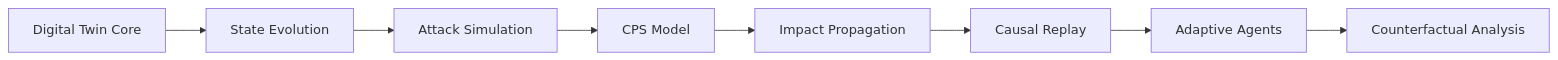
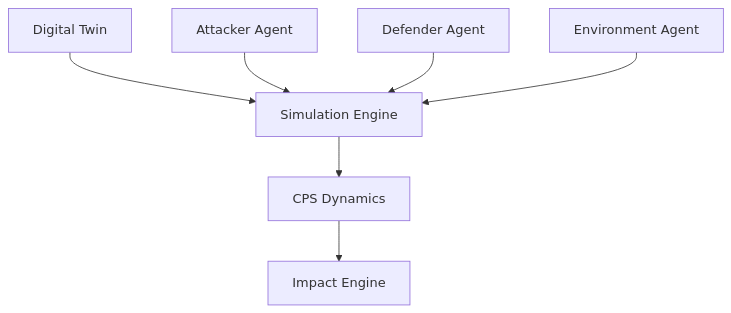
Before and after one commit to Anushree401/DT-CyberTwin: diagram 12 of 12 in README.md, drawn with Mermaid. The commit also changed other lines of this file, not shown here.

````diff
--- a/README.md
+++ b/README.md
@@ -279,10 +605,16 @@
 ```mermaid
-flowchart LR
-    A[Digital Twin Core] --> B[State Evolution]
-    B --> C[Attack Simulation]
-    C --> D[CPS Model]
-    D --> E[Impact Propagation]
-    E --> F[Causal Replay]
-    F --> G[Adaptive Agents]
-    G --> H[Counterfactual Analysis]
+flowchart TB
+
+    A[Digital Twin]
+    B[Simulation Engine]
+    C[CPS Dynamics]
+    D[Impact Engine]
+
+    A --> B
+    B --> C
+    C --> D
+
+    E[Attacker Agent] --> B
+    F[Defender Agent] --> B
+    G[Environment Agent] --> B
 ```
````
